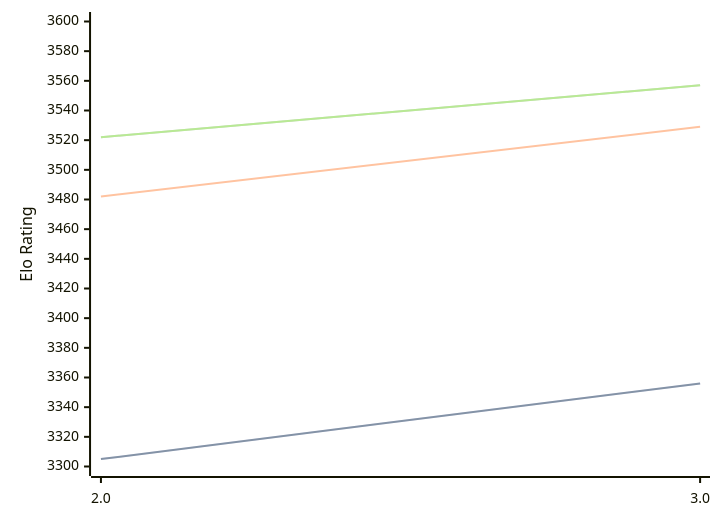
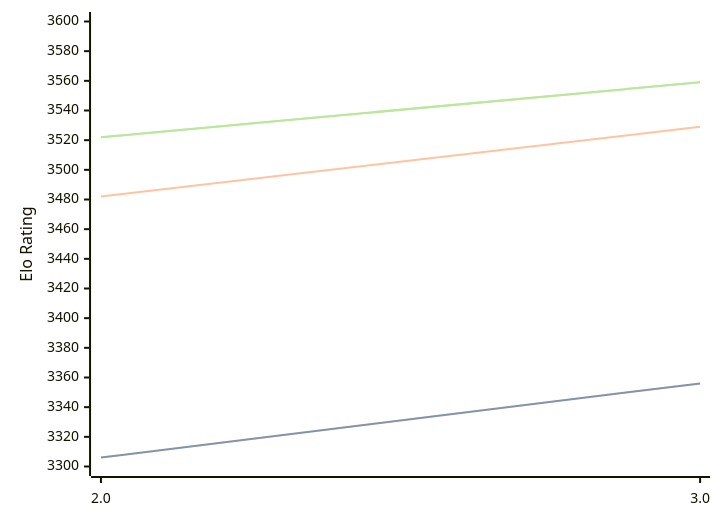
The diagram in engines/Quanticade.md (computer-chess-index/cci), drawn with Mermaid before and after one commit. The commit also changed other lines of this file, not shown here.

Commit message:
Update CCI Ratings (ELO VLTC) - 2026-10-02

````diff
--- a/engines/Quanticade.md
+++ b/engines/Quanticade.md
@@ -32,11 +32,11 @@
 ```mermaid
 %%{init: {"theme":"base","themeVariables":{"seriesColors:['#a3a3a3','#222221','#faa371']}}}%%
 xychart-beta
   x-axis ["2.0", "3.0"]
   y-axis "Elo Rating" 3300 --> 3600
-  line "" [3305, 3356]
-  line "STC (8.0+0.08s)" [3305, 3356]
+  line "" [3306, 3356]
+  line "STC (8.0+0.08s)" [3306, 3356]
   line "LTC (60.0+0.60s)" [3482, 3529]
-  line "" [3522, 3557]
-  line "VLTC (2m24s+1.12s)" [3522, 3557]
+  line "" [3522, 3559]
+  line "VLTC (2m24s+1.12s)" [3522, 3559]
 ```
````
